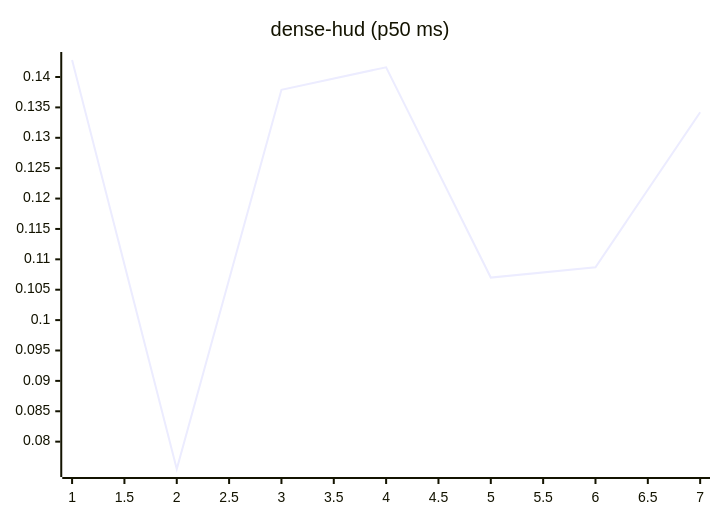
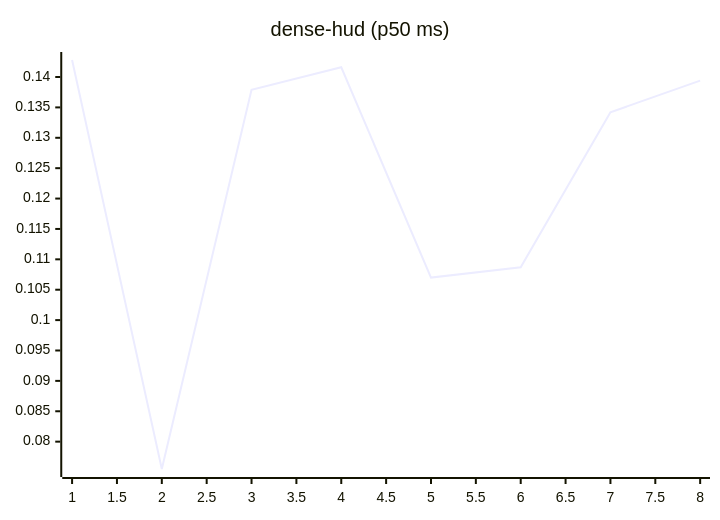
One commit to josha/Facet changed the eighth of 27 diagrams in README.md. Above: the diagram before and after it, drawn with Mermaid. The commit also changed other lines of this file and 2 other files, not shown here.

````diff
--- a/README.md
+++ b/README.md
@@ -112,6 +112,6 @@
 ```mermaid
 xychart-beta
     title "dense-hud (p50 ms)"
-    x-axis 1 --> 7
-    line [0.1428, 0.0755, 0.1379, 0.1416, 0.1070, 0.1087, 0.1342]
+    x-axis 1 --> 8
+    line [0.1428, 0.0755, 0.1379, 0.1416, 0.1070, 0.1087, 0.1342, 0.1394]
 ```
````
